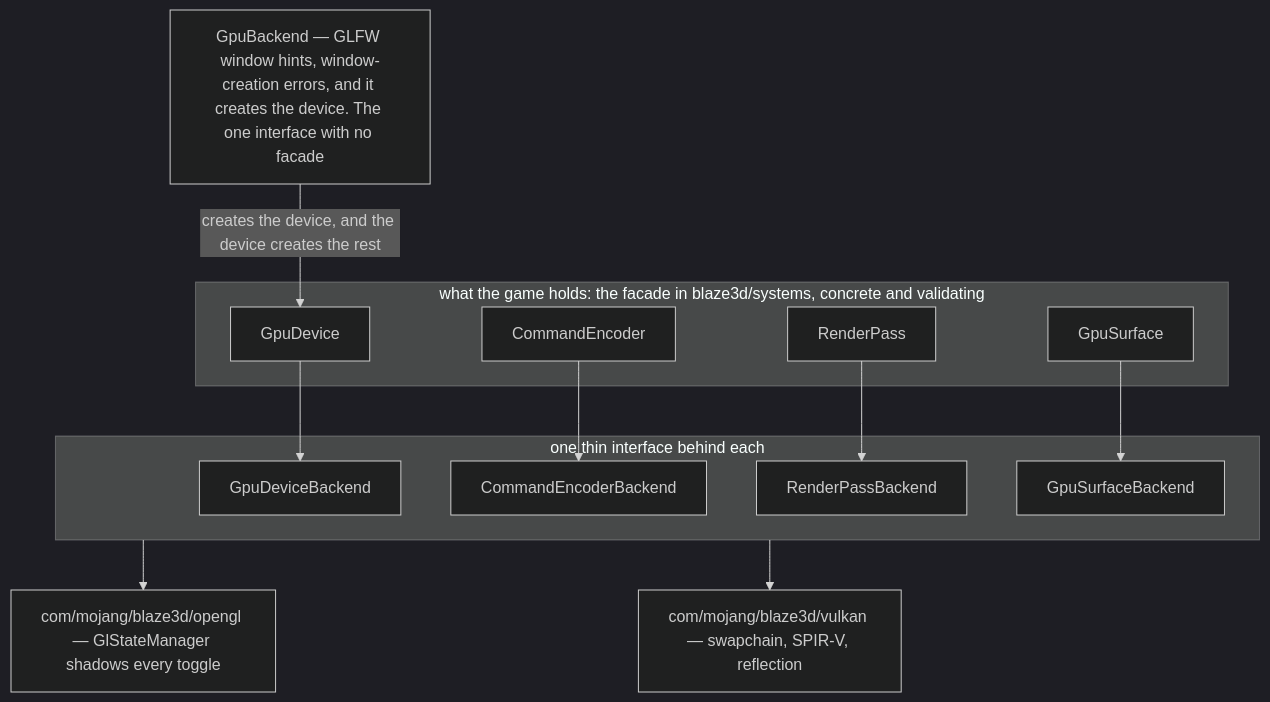
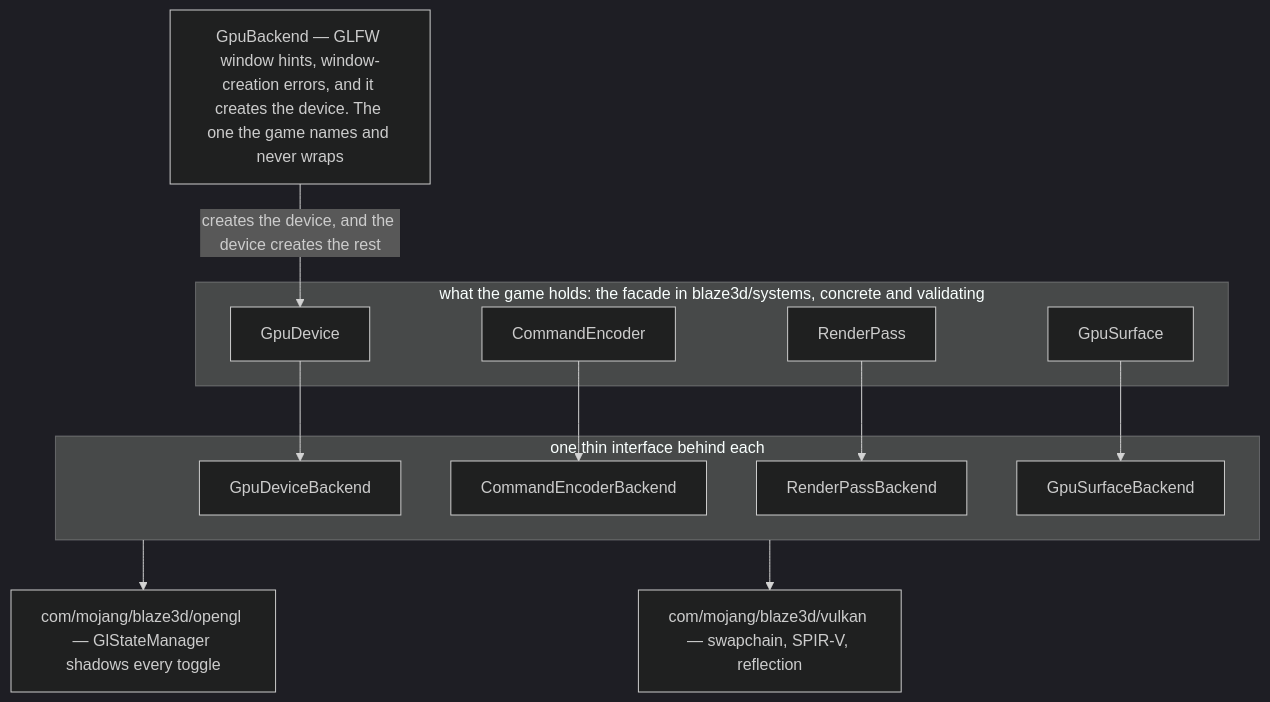
One commit to AlexanderjFraser/MinecraftDocs changed the first of 2 diagrams in src/systems/rendering/blaze3d.md. Above: the diagram before and after it, drawn with Mermaid (dark theme). The commit also changed other lines of this file, not shown here.

````diff
--- a/src/systems/rendering/blaze3d.md
+++ b/src/systems/rendering/blaze3d.md
@@ -39,23 +39,23 @@
 ```mermaid
 flowchart TB
-    GB["GpuBackend — GLFW window hints, window-creation errors, and it creates the device. The one interface with no facade"]
+    GB["GpuBackend — GLFW window hints, window-creation errors, and it creates the device. The one the game names and never wraps"]
     subgraph F["what the game holds: the facade in blaze3d/systems, concrete and validating"]
       GD["GpuDevice"]
       CE["CommandEncoder"]
       RP["RenderPass"]
       GS["GpuSurface"]
     end
     subgraph I["one thin interface behind each"]
       GDB["GpuDeviceBackend"]
       CEB["CommandEncoderBackend"]
       RPB["RenderPassBackend"]
       GSB["GpuSurfaceBackend"]
     end
     GB -- "creates the device, and the device creates the rest" --> GD
     GD --> GDB
     CE --> CEB
     RP --> RPB
     GS --> GSB
     I --> OGL["com/mojang/blaze3d/opengl — GlStateManager shadows every toggle"]
     I --> VK["com/mojang/blaze3d/vulkan — swapchain, SPIR-V, reflection"]
 ```
````
